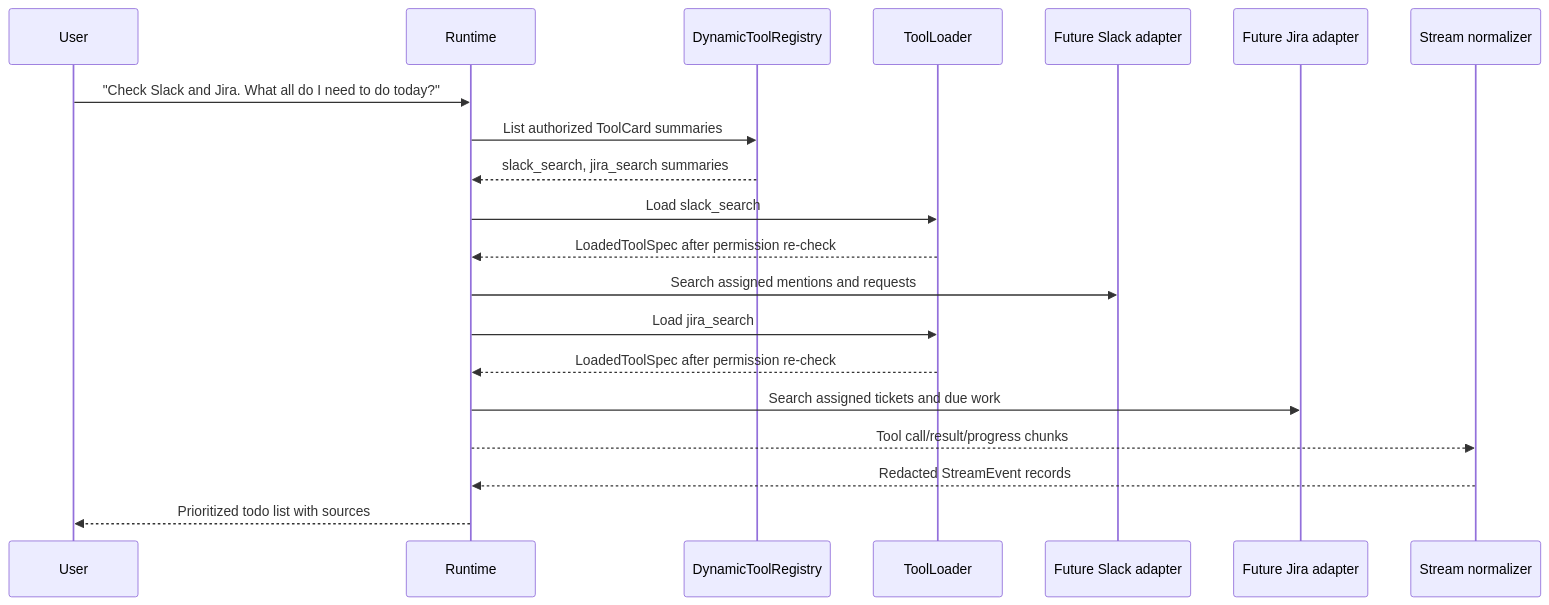
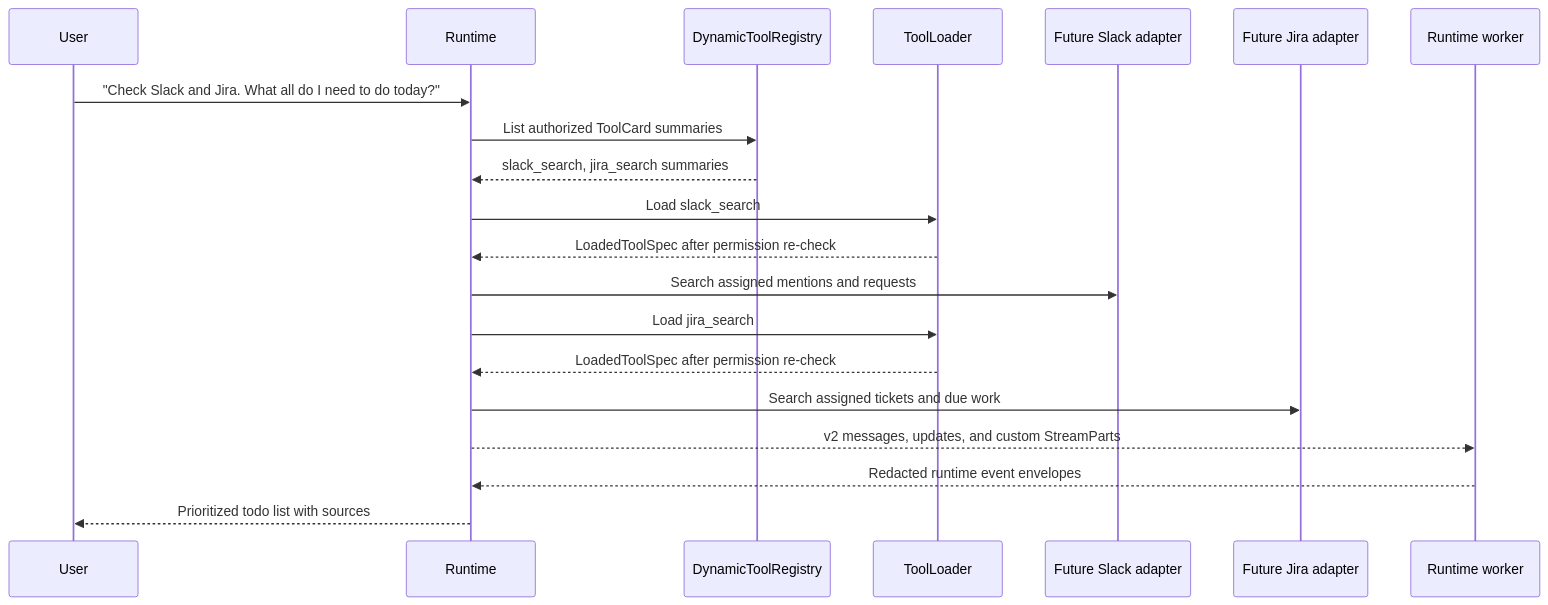
One commit to 0x-copilot-dev/0x-copilot changed the fourth of 8 diagrams in services/ai-backend/docs/architecture/data-flow.md. Above: the diagram before and after it, drawn with Mermaid. The commit also changed other lines of this file and 161 other files, not shown here.

````diff
--- a/services/ai-backend/docs/architecture/data-flow.md
+++ b/services/ai-backend/docs/architecture/data-flow.md
@@ -143,23 +145,23 @@
 ```mermaid
 sequenceDiagram
   participant User
   participant Runtime
   participant Tools as DynamicToolRegistry
   participant Loader as ToolLoader
   participant Slack as Future Slack adapter
   participant Jira as Future Jira adapter
-  participant Normalizer as Stream normalizer
+  participant Worker as Runtime worker
 
   User->>Runtime: "Check Slack and Jira. What all do I need to do today?"
   Runtime->>Tools: List authorized ToolCard summaries
   Tools-->>Runtime: slack_search, jira_search summaries
   Runtime->>Loader: Load slack_search
   Loader-->>Runtime: LoadedToolSpec after permission re-check
   Runtime->>Slack: Search assigned mentions and requests
   Runtime->>Loader: Load jira_search
   Loader-->>Runtime: LoadedToolSpec after permission re-check
   Runtime->>Jira: Search assigned tickets and due work
-  Runtime-->>Normalizer: Tool call/result/progress chunks
-  Normalizer-->>Runtime: Redacted StreamEvent records
+  Runtime-->>Worker: v2 messages, updates, and custom StreamParts
+  Worker-->>Runtime: Redacted runtime event envelopes
   Runtime-->>User: Prioritized todo list with sources
 ```
````
